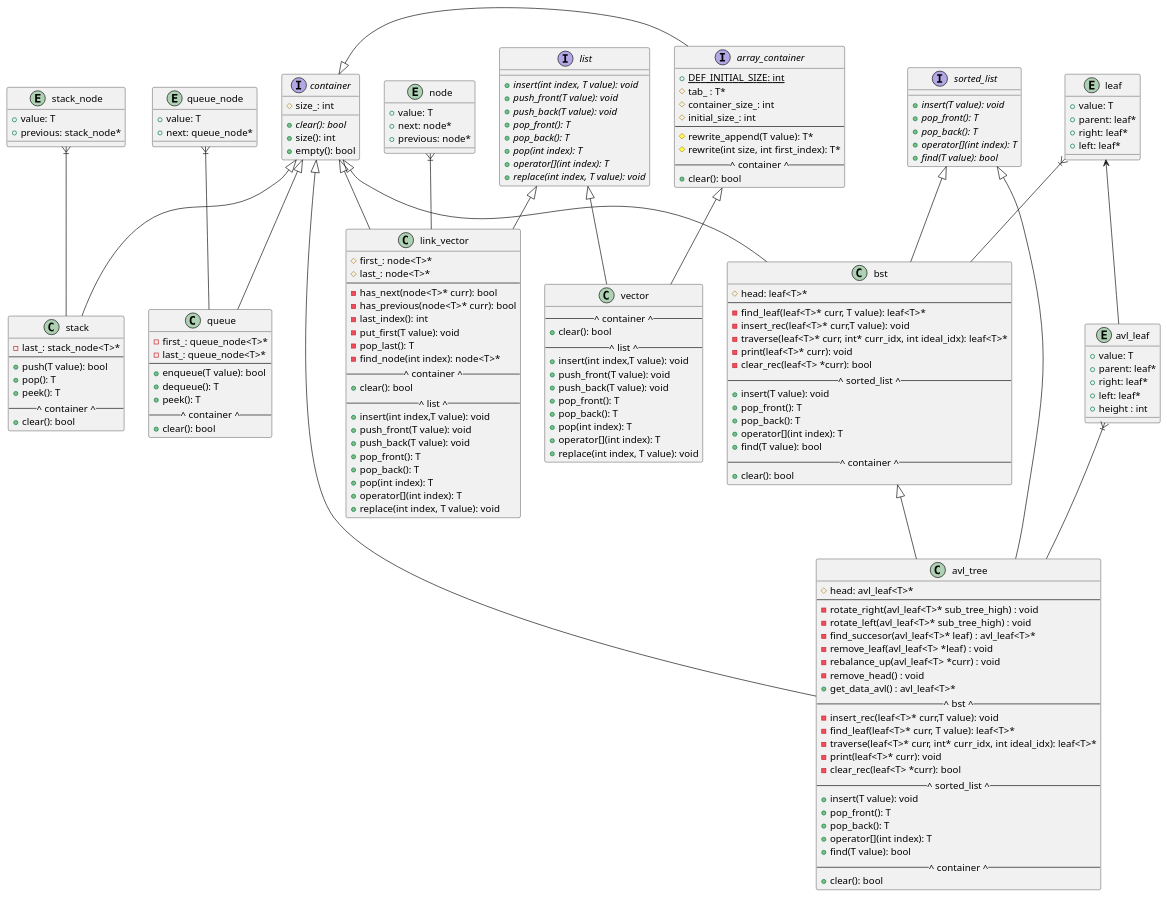
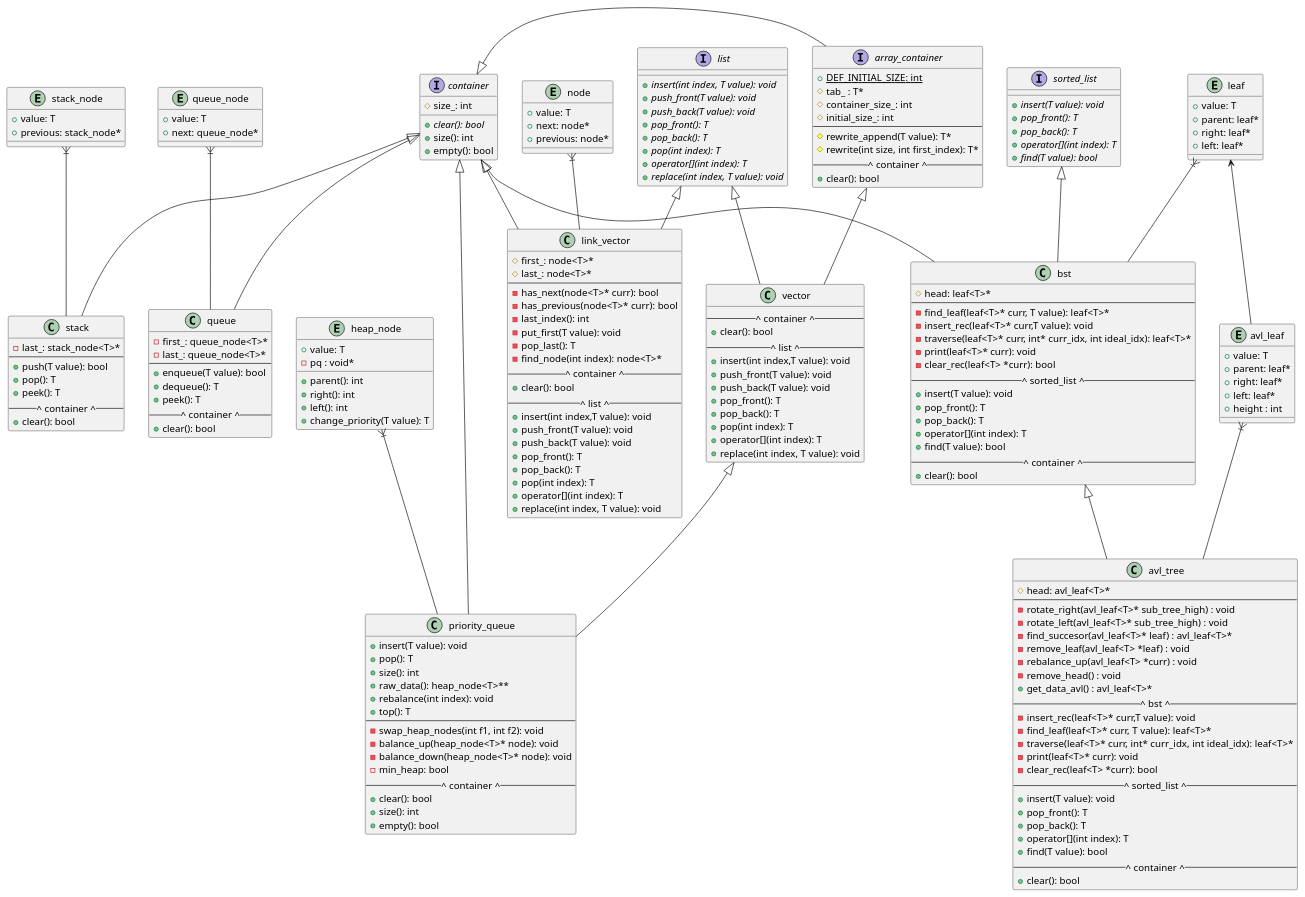
Before and after one commit to lpawlak1/data_structures: the diagram in data_structure.puml, drawn with PlantUML. The commit also changed 3 other files, not shown here.

Commit message:
Added documentation for priority queue

```diff
--- a/data_structure.puml
+++ b/data_structure.puml
@@ -165,6 +165,38 @@
 +next: queue_node*
 }
 
+entity heap_node
+{
++value: T
++parent(): int
++right(): int
++left(): int
++change_priority(T value): T
+-pq : void*
+}
+
+class priority_queue{
++insert(T value): void
++pop(): T
++size(): int
++raw_data(): heap_node<T>**
++rebalance(int index): void
++top(): T
+--
+-swap_heap_nodes(int f1, int f2): void
+-balance_up(heap_node<T>* node): void
+-balance_down(heap_node<T>* node): void
+-min_heap: bool
+--^ container ^--
++clear(): bool
++size(): int
++empty(): bool
+}
+
+heap_node }|-- priority_queue
+vector <|-- priority_queue
+container <|-- priority_queue
+
 list <|-- link_vector
 container <|- array_container
 container <|-- stack
@@ -182,8 +214,6 @@
 
 bst <|-- avl_tree
 avl_leaf}|-- avl_tree
-sorted_list <|-- avl_tree
-container <|-- avl_tree
 
 leaf <-- avl_leaf
 @enduml
```
